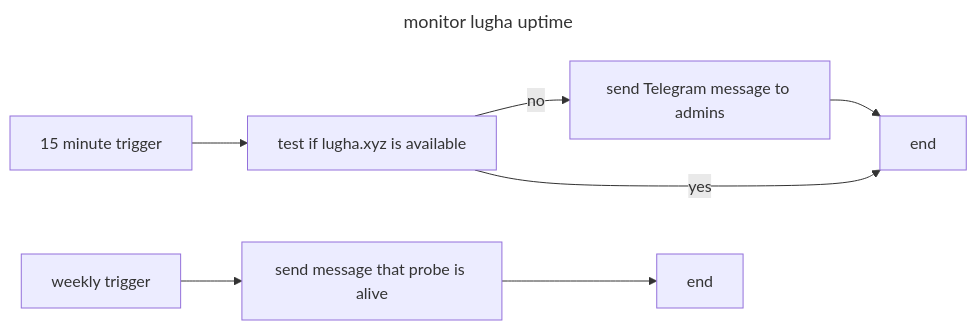
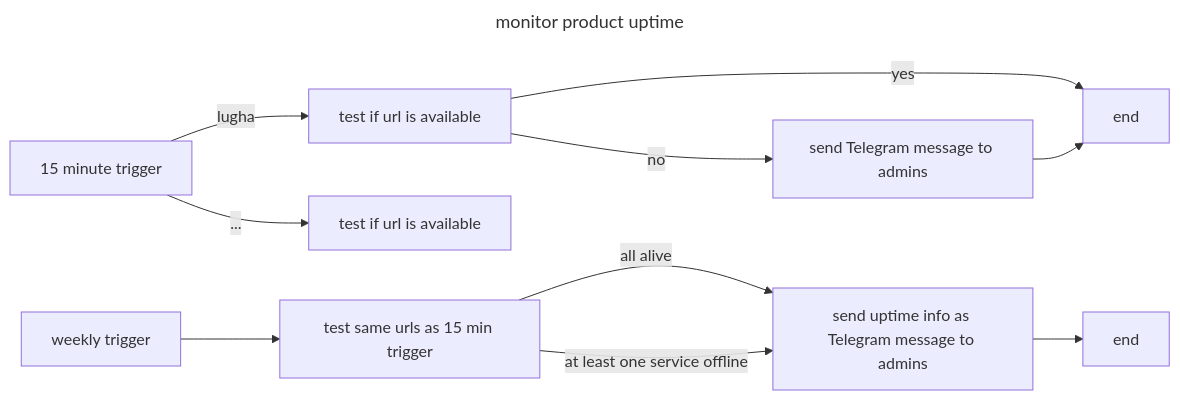
The second of 3 diagrams in docs/processes.md (khaldoun-xyz/standard), drawn with Mermaid before and after one commit. The commit also changed other lines of this file, not shown here.

Commit message:
one uptime monitor for all products

```diff
--- a/docs/processes.md
+++ b/docs/processes.md
@@ -90,12 +90,15 @@
 ~~~mermaid
 ---
-title: monitor lugha uptime 
+title: monitor product uptime 
 ---
 flowchart LR
-  A[15 minute trigger] --> B[test if lugha.xyz is available]
-  B --> |no| C[send Telegram message to admins]
-  B --> |yes| D[end]
+  A[15 minute trigger] --> |lugha| B1[test if url is available]
+  A --> |...| B2[test if url is available]
+  B1 --> |no| C[send Telegram message to admins]
+  B1 --> |yes| D[end]
   C --> D[end]
-  E[weekly trigger] --> F[send message that probe is alive]
-  F --> G[end]
+  E[weekly trigger] --> F[test same urls as 15 min trigger]
+  F --> |all alive| G[send uptime info as Telegram message to admins]
+  F --> |at least one service offline| G
+  G --> H[end]
 ~~~
```
